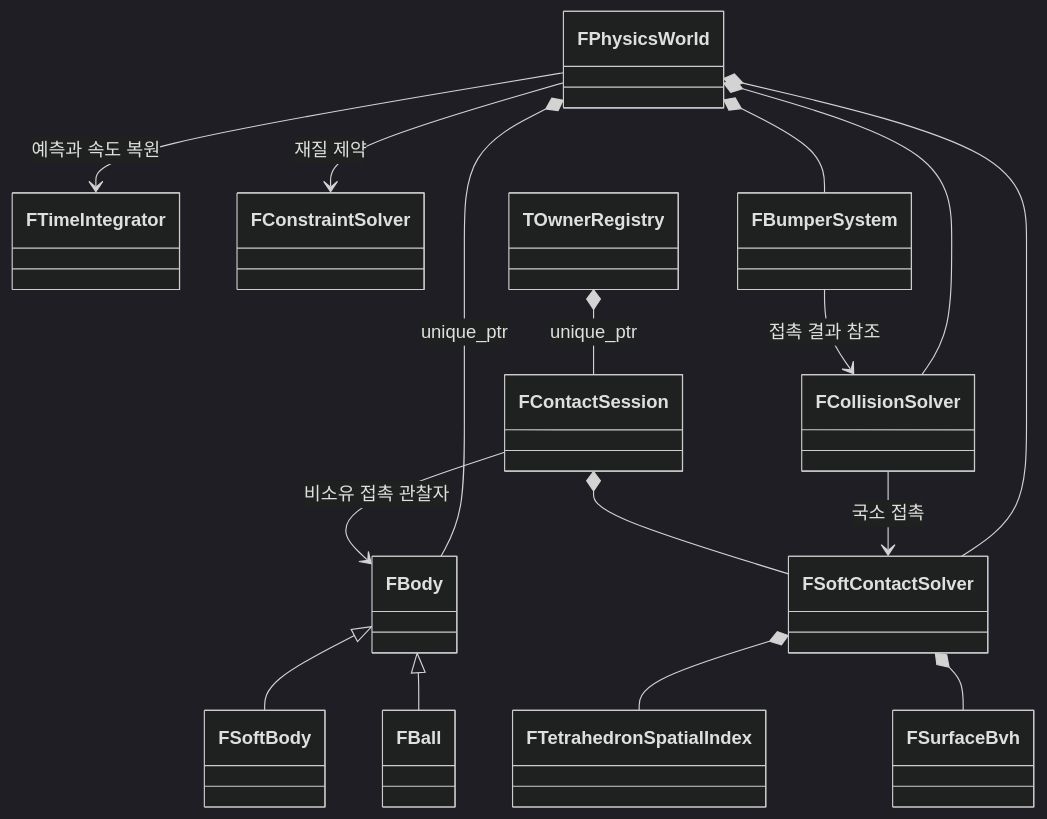
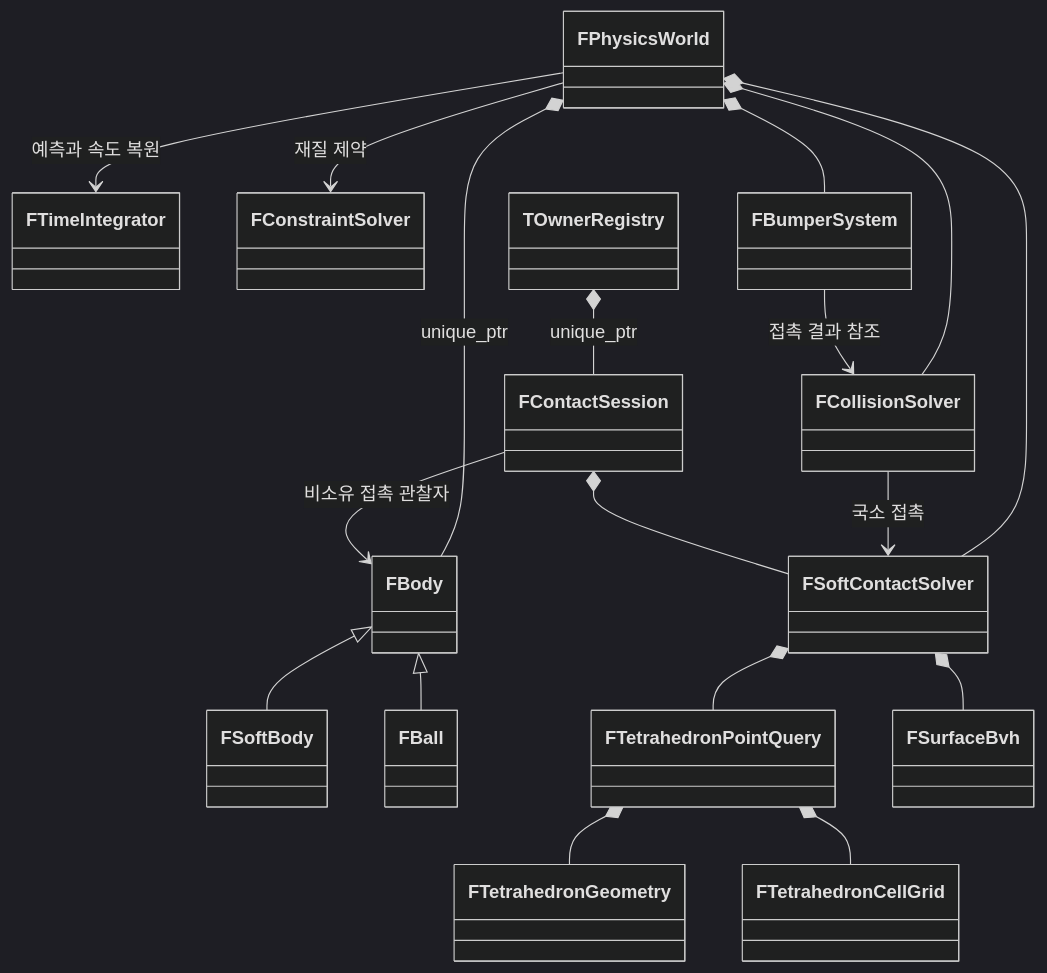
One commit to sh0717/pbd_softbody_simulation changed the diagram in docs/cpp-architecture.md. Above: the diagram before and after it, drawn with Mermaid (dark theme). The commit also changed other lines of this file and 127 other files, not shown here.

````diff
--- a/docs/cpp-architecture.md
+++ b/docs/cpp-architecture.md
@@ -44,18 +46,20 @@
 ```mermaid
 classDiagram
   FBody <|-- FSoftBody
   FBody <|-- FBall
   FPhysicsWorld *-- FBody : unique_ptr
   FPhysicsWorld --> FTimeIntegrator : 예측과 속도 복원
   FPhysicsWorld --> FConstraintSolver : 재질 제약
   FPhysicsWorld *-- FCollisionSolver
   FPhysicsWorld *-- FSoftContactSolver
   FPhysicsWorld *-- FBumperSystem
   FCollisionSolver --> FSoftContactSolver : 국소 접촉
-  FSoftContactSolver *-- FTetrahedronSpatialIndex
+  FSoftContactSolver *-- FTetrahedronPointQuery
+  FTetrahedronPointQuery *-- FTetrahedronGeometry
+  FTetrahedronPointQuery *-- FTetrahedronCellGrid
   FSoftContactSolver *-- FSurfaceBvh
   TOwnerRegistry *-- FContactSession : unique_ptr
   FContactSession *-- FSoftContactSolver
   FContactSession --> FBody : 비소유 접촉 관찰자
   FBumperSystem --> FCollisionSolver : 접촉 결과 참조
 ```
````
